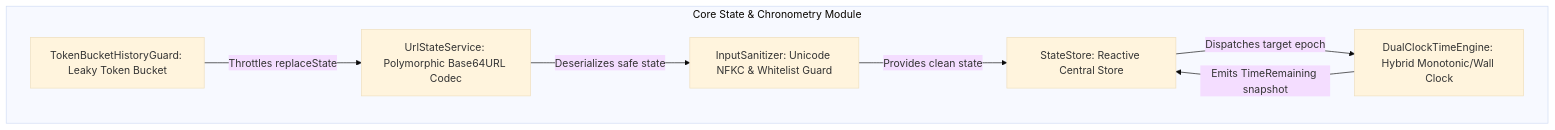
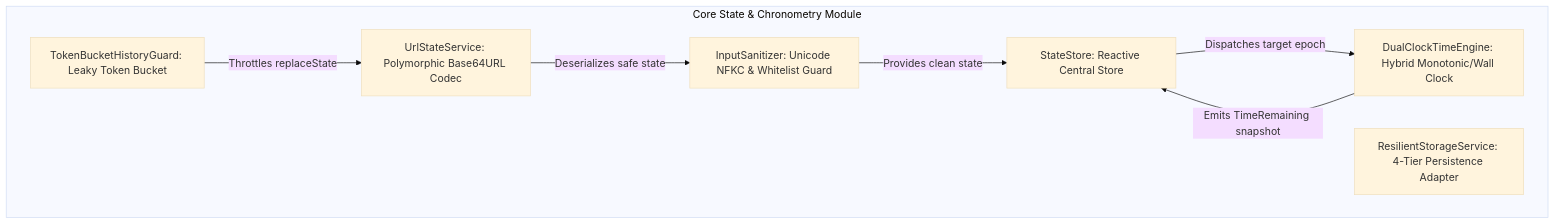
Before and after one commit to piyushmakhija28/countdown-lockscreen-challenge: the third of 10 diagrams in docs/02-hld.md, drawn with Mermaid (base theme). The commit also changed other lines of this file and 46 other files, not shown here.

````diff
--- a/docs/02-hld.md
+++ b/docs/02-hld.md
@@ -127,16 +127,17 @@
 ```mermaid
 graph TD
     subgraph CoreChronometry [Core State & Chronometry Module]
         Store[StateStore: Reactive Central Store]
         DualClockTimeEngine[DualClockTimeEngine: Hybrid Monotonic/Wall Clock]
         Guard[TokenBucketHistoryGuard: Leaky Token Bucket]
         Codec[UrlStateService: Polymorphic Base64URL Codec]
         Sanitizer[InputSanitizer: Unicode NFKC & Whitelist Guard]
+        StorageSvc[ResilientStorageService: 4-Tier Persistence Adapter]
     end
 
     Store -->|Dispatches target epoch| DualClockTimeEngine
     DualClockTimeEngine -->|Emits TimeRemaining snapshot| Store
     Guard -->|Throttles replaceState| Codec
     Codec -->|Deserializes safe state| Sanitizer
     Sanitizer -->|Provides clean state| Store
 ```
````
